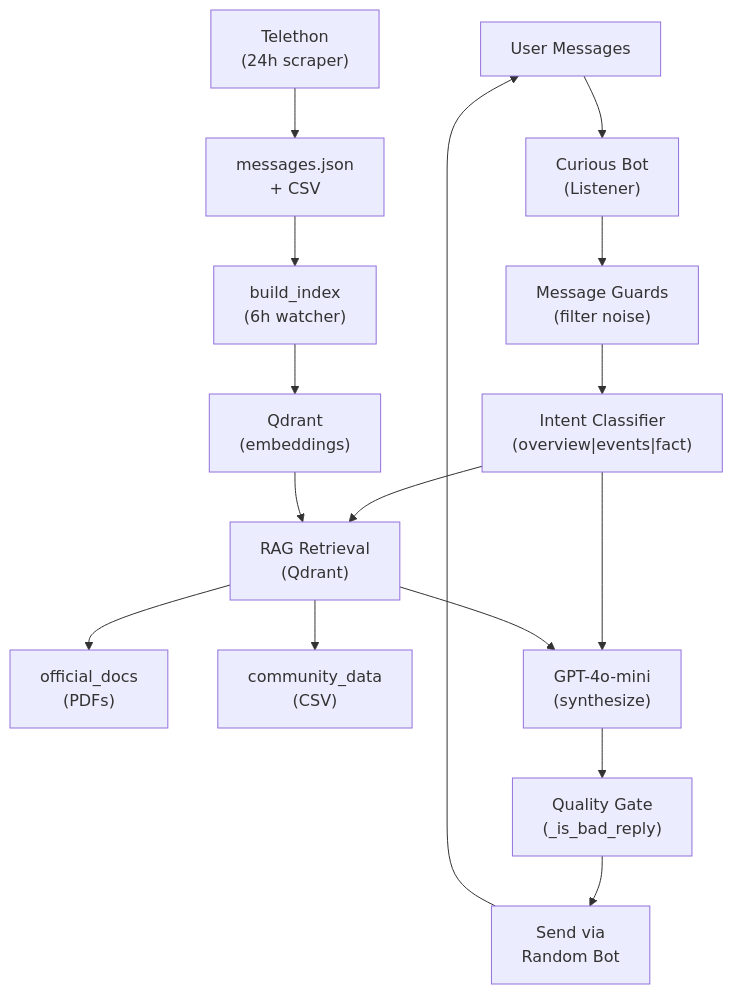
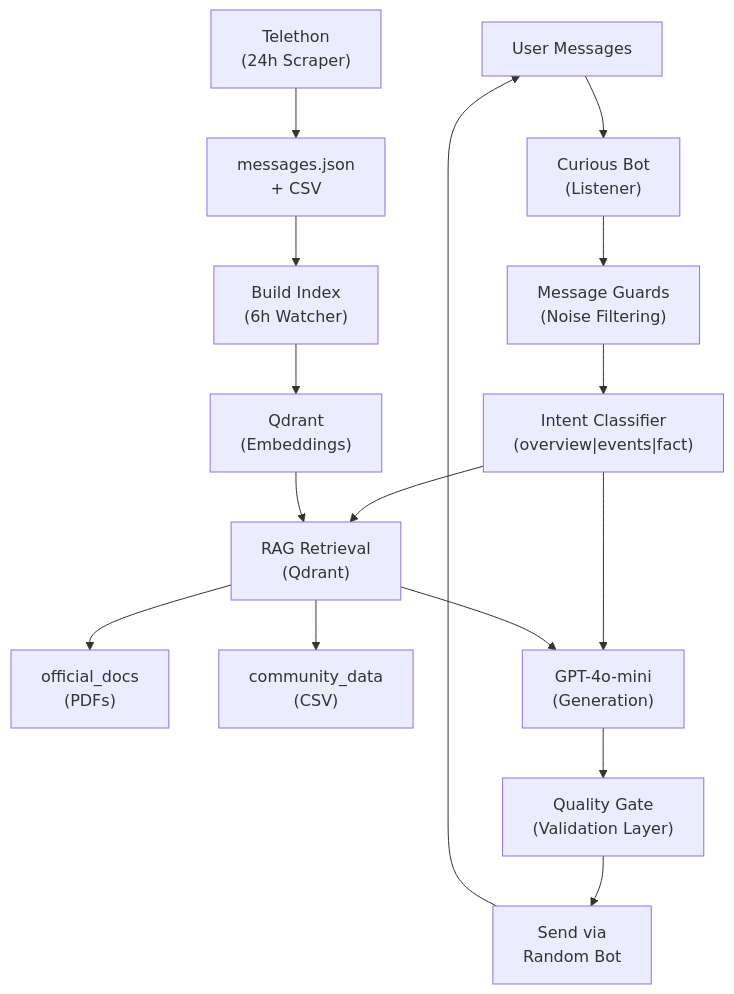
One commit to SushantmaniTripathi/Multi_Agent_RAG changed the diagram in README.md. Above: the diagram before and after it, drawn with Mermaid. The commit also changed other lines of this file, not shown here.

````diff
--- a/README.md
+++ b/README.md
@@ -19,19 +44,19 @@
 ```mermaid
 flowchart TB
     USER["User Messages"] --> LISTEN["Curious Bot<br/>(Listener)"]
-    LISTEN --> GUARDS["Message Guards<br/>(filter noise)"]
+    LISTEN --> GUARDS["Message Guards<br/>(Noise Filtering)"]
     GUARDS --> INTENT["Intent Classifier<br/>(overview|events|fact)"]
     INTENT --> RETRIEVE["RAG Retrieval<br/>(Qdrant)"]
     RETRIEVE --> DOCS["official_docs<br/>(PDFs)"]
     RETRIEVE --> COMMUNITY["community_data<br/>(CSV)"]
-    INTENT --> LLM["GPT-4o-mini<br/>(synthesize)"]
+    INTENT --> LLM["GPT-4o-mini<br/>(Generation)"]
     RETRIEVE --> LLM
-    LLM --> QUALITY["Quality Gate<br/>(_is_bad_reply)"]
+    LLM --> QUALITY["Quality Gate<br/>(Validation Layer)"]
     QUALITY --> SEND["Send via<br/>Random Bot"]
     SEND --> USER
     
-    HISTORY["Telethon<br/>(24h scraper)"] --> CSV["messages.json<br/>+ CSV"]
-    CSV --> INDEX["build_index<br/>(6h watcher)"]
-    INDEX --> QDRANT["Qdrant<br/>(embeddings)"]
+    HISTORY["Telethon<br/>(24h Scraper)"] --> CSV["messages.json<br/>+ CSV"]
+    CSV --> INDEX["Build Index<br/>(6h Watcher)"]
+    INDEX --> QDRANT["Qdrant<br/>(Embeddings)"]
     QDRANT --> RETRIEVE
 ```
````
